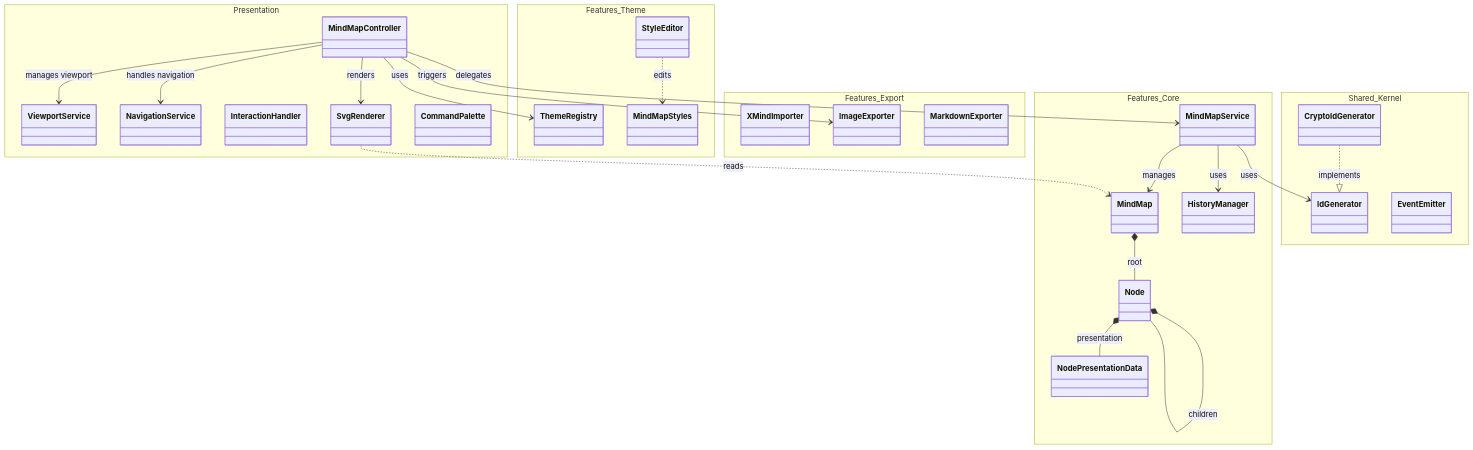
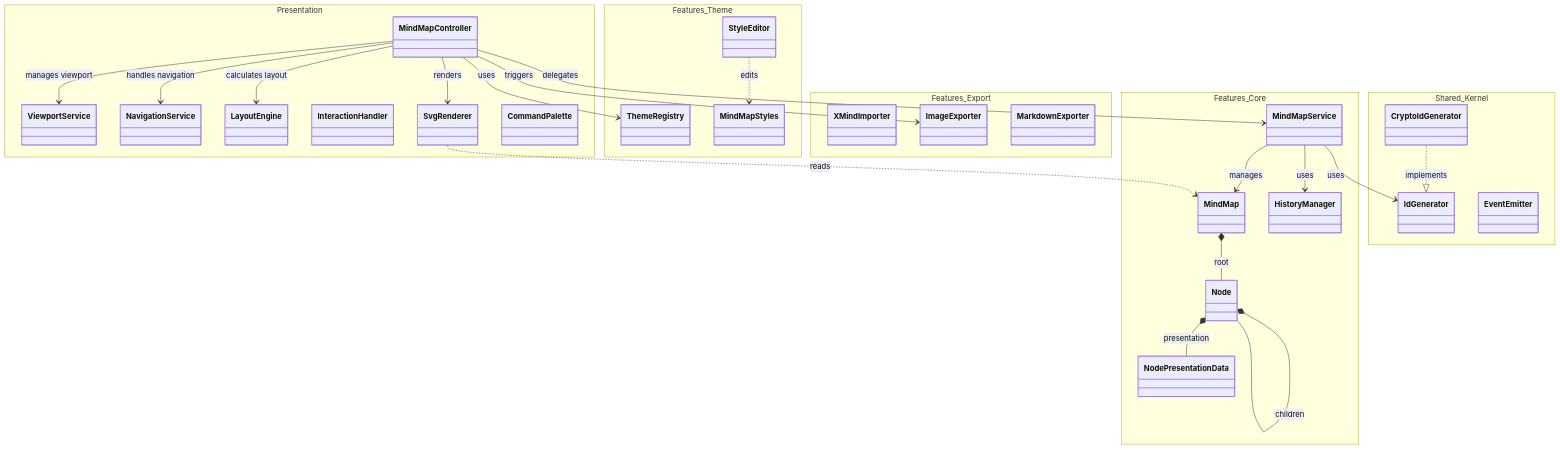
One commit to hiroooo000/kakidash changed the second of 7 diagrams in docs/SOFTWARE_ARCHITECTURE.md. Above: the diagram before and after it, drawn with Mermaid. The commit also changed other lines of this file and 21 other files, not shown here.

Commit message:
refactor: decompose MindMapController, extract services and fix layout bugs

````diff
--- a/docs/SOFTWARE_ARCHITECTURE.md
+++ b/docs/SOFTWARE_ARCHITECTURE.md
@@ -67,60 +67,62 @@
 ```mermaid
 classDiagram
     direction TB
 
     namespace Presentation {
         class MindMapController
         class ViewportService
         class NavigationService
+        class LayoutEngine
         class InteractionHandler
         class SvgRenderer
         class CommandPalette
     }
 
     namespace Features_Core {
         class MindMapService
         class MindMap
         class Node
         class NodePresentationData
         class HistoryManager
     }
 
     namespace Features_Theme {
         class ThemeRegistry
         class StyleEditor
         class MindMapStyles
     }
 
     namespace Features_Export {
         class XMindImporter
         class ImageExporter
         class MarkdownExporter
     }
 
     namespace Shared_Kernel {
         class IdGenerator
         class CryptoIdGenerator
         class EventEmitter
     }
 
     %% Relationships
     MindMapController --> MindMapService : delegates
     MindMapController --> ThemeRegistry : uses
     MindMapController --> ImageExporter : triggers
     MindMapController --> ViewportService : manages viewport
     MindMapController --> NavigationService : handles navigation
+    MindMapController --> LayoutEngine : calculates layout
     MindMapController --> SvgRenderer : renders
     
     MindMapService --> MindMap : manages
     MindMapService --> HistoryManager : uses
     MindMapService --> IdGenerator : uses
 
     MindMap *-- Node : root
     Node *-- Node : children
     Node *-- NodePresentationData : presentation
 
     SvgRenderer ..> MindMap : reads
     StyleEditor ..> MindMapStyles : edits
     
     CryptoIdGenerator ..|> IdGenerator : implements
 ```
````
